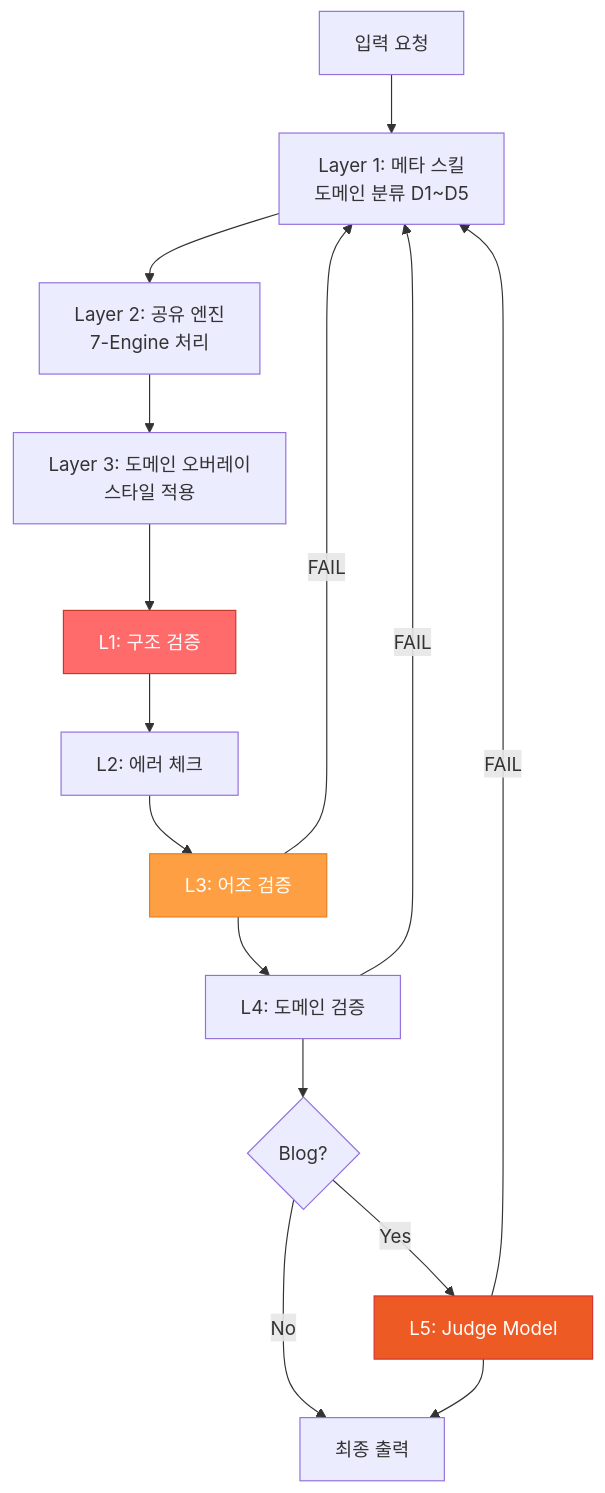
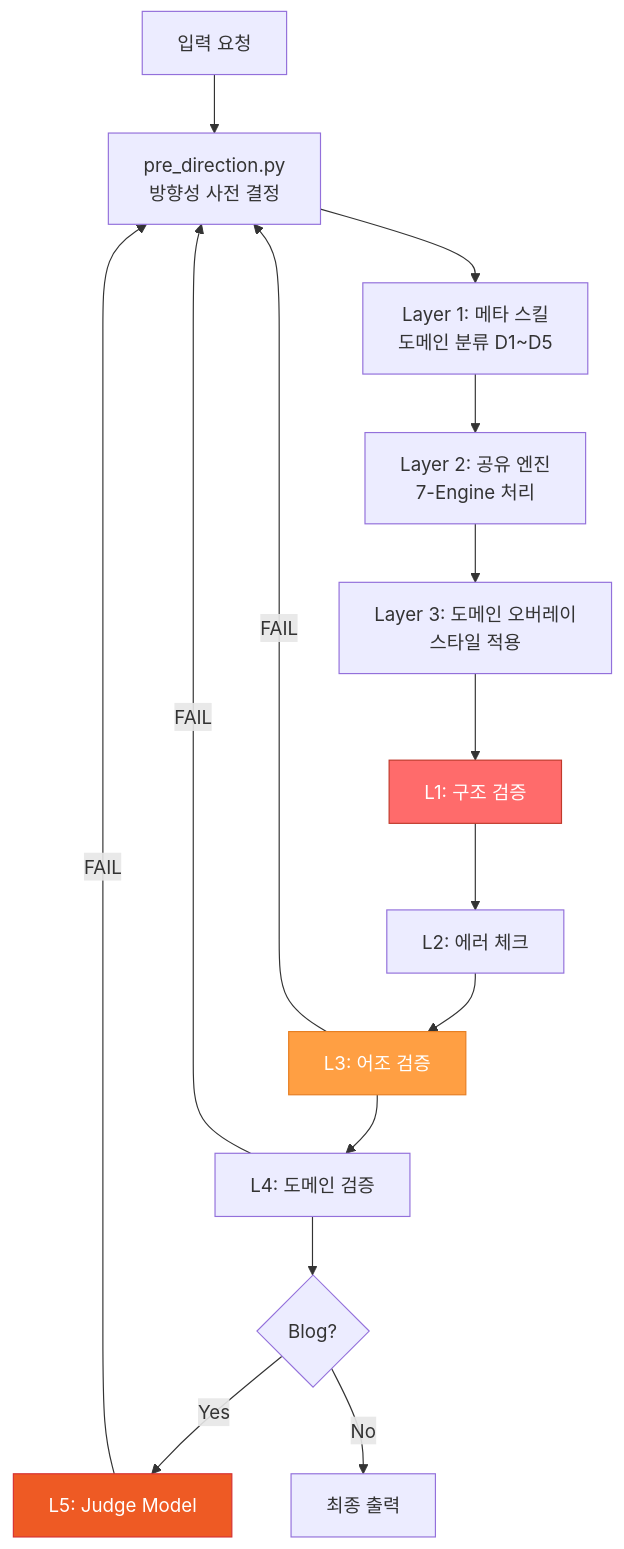
Before and after one commit to pheanor-agent/p-hermes: the first of 3 diagrams in docs/wiki/guides/content-system.md, drawn with Mermaid. The commit also changed other lines of this file and 11 other files, not shown here.

````diff
--- a/docs/wiki/guides/content-system.md
+++ b/docs/wiki/guides/content-system.md
@@ -23,23 +41,23 @@
 ```mermaid
 flowchart TD
-    A[입력 요청] --> B["Layer 1: 메타 스킬<br/>도메인 분류 D1~D5"]
+    A[입력 요청] --> PD["pre_direction.py<br/>방향성 사전 결정"]
+    PD --> B["Layer 1: 메타 스킬<br/>도메인 분류 D1~D5"]
     B --> C["Layer 2: 공유 엔진<br/>7-Engine 처리"]
     C --> D["Layer 3: 도메인 오버레이<br/>스타일 적용"]
 
     D --> E["L1: 구조 검증"]
     E --> F["L2: 에러 체크"]
     F --> G["L3: 어조 검증"]
     G --> H["L4: 도메인 검증"]
-    H --> I{Blog?}
+    H --> I{"Blog?"}
     I -->|Yes| J["L5: Judge Model"]
     I -->|No| K[최종 출력]
-    J --> K
 
-    G -->|FAIL| B
-    H -->|FAIL| B
-    J -->|FAIL| B
+    G -->|FAIL| PD
+    H -->|FAIL| PD
+    J -->|FAIL| PD
 
     style E fill:#ff6b6b,stroke:#c0392b,color:#fff
     style G fill:#ff9f43,stroke:#e67e22,color:#fff
     style J fill:#ee5a24,stroke:#d63031,color:#fff
 ```
````
